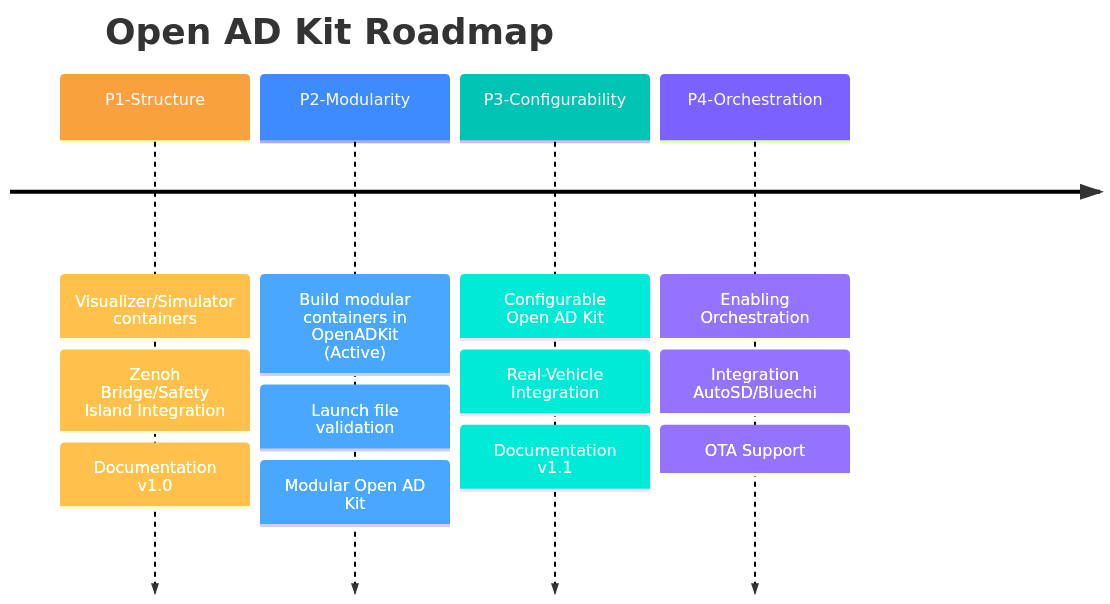
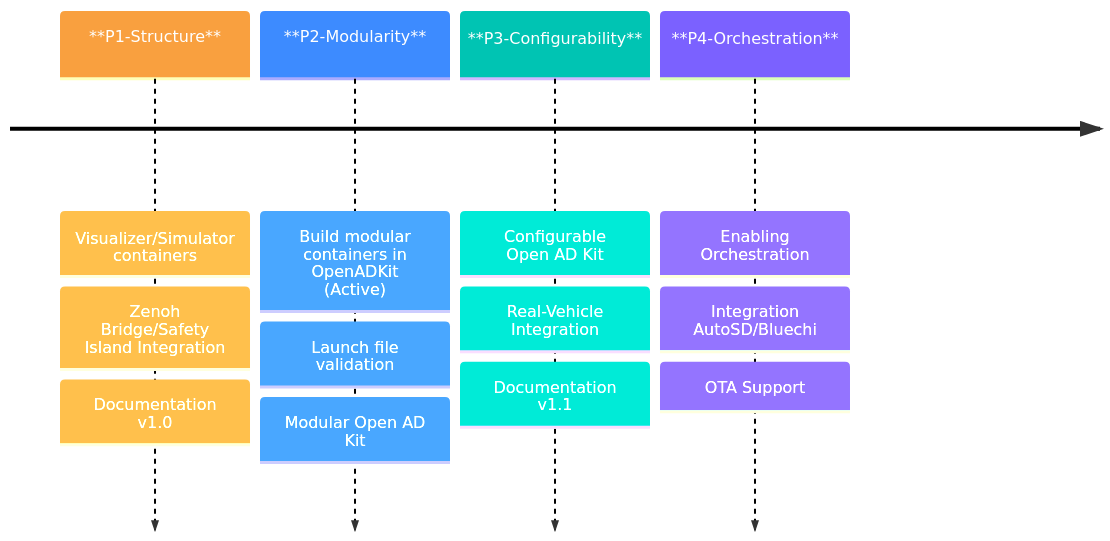
Before and after one commit to autowarefoundation/openadkit: the diagram in docs/Roadmap/index.md, drawn with Mermaid.

Commit message:
try mermaid again

````diff
--- a/docs/Roadmap/index.md
+++ b/docs/Roadmap/index.md
@@ -3,33 +3,32 @@
 ```mermaid
 ---
 config:
   themeVariables:
     cScaleLabel0: '#FFFFFF'
     cScale0: '#f9a03f'
     cScaleLabel1: '#FFFFFF'
     cScale1: '#3d8bff'
     cScaleLabel2: '#FFFFFF'
     cScale2: '#00c4b3'
     cScaleLabel3: '#FFFFFF'
     cScale3: '#7b61ff'
 ---
 
 timeline
-    title Open AD Kit Roadmap
-    P1-Structure
+    **P1-Structure**
       : Visualizer/Simulator containers
       : Zenoh Bridge/Safety Island Integration
       : Documentation v1.0
-    P2-Modularity
+    **P2-Modularity**
       : Build modular containers in OpenADKit (Active)
       : Launch file validation
       : Modular Open AD Kit
-    P3-Configurability
+    **P3-Configurability**
       : Configurable Open AD Kit
       : Real-Vehicle Integration
       : Documentation v1.1
-    P4-Orchestration
+    **P4-Orchestration**
       : Enabling Orchestration
       : Integration AutoSD/Bluechi
       : OTA Support
 ```
````
